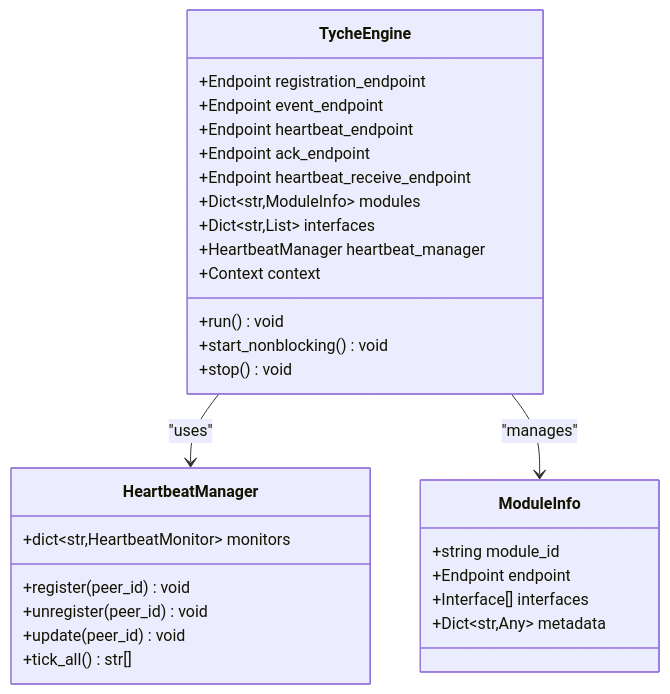
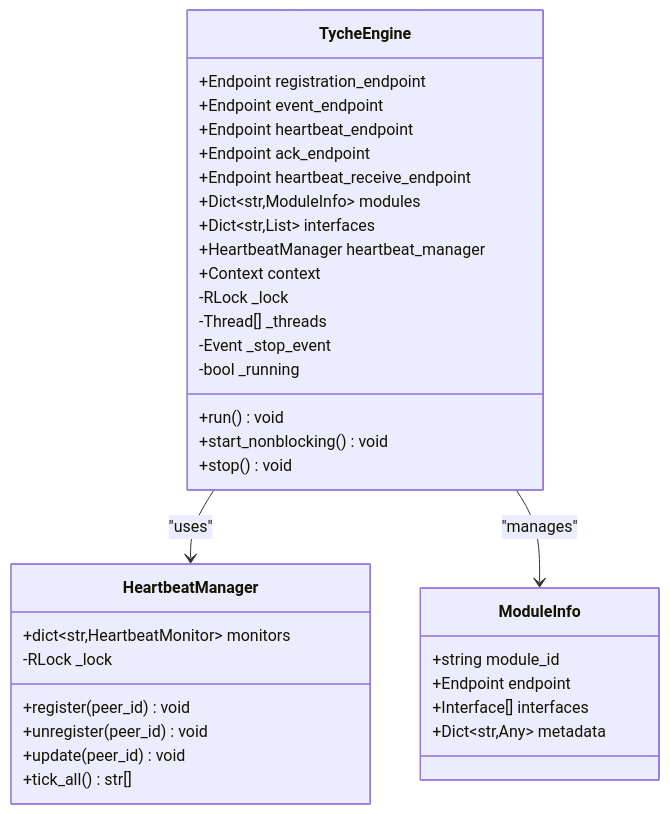
The third of 10 diagrams in .qoder/repowiki/en/content/Core Components/TycheEngine - Central Broker.md (zt281/TycheEngine), drawn with Mermaid before and after one commit. The commit also changed other lines of this file and 5 other files, not shown here.

````diff
--- a/.qoder/repowiki/en/content/Core Components/TycheEngine - Central Broker.md
+++ b/.qoder/repowiki/en/content/Core Components/TycheEngine - Central Broker.md
@@ -165,32 +186,37 @@
 ```mermaid
 classDiagram
 class TycheEngine {
 +Endpoint registration_endpoint
 +Endpoint event_endpoint
 +Endpoint heartbeat_endpoint
 +Endpoint ack_endpoint
 +Endpoint heartbeat_receive_endpoint
 +Dict~str,ModuleInfo~ modules
 +Dict~str,List~ interfaces
 +HeartbeatManager heartbeat_manager
 +Context context
 +run() void
 +start_nonblocking() void
 +stop() void
+-RLock _lock
+-Thread[] _threads
+-Event _stop_event
+-bool _running
 }
 class HeartbeatManager {
 +dict~str,HeartbeatMonitor~ monitors
 +register(peer_id) void
 +unregister(peer_id) void
 +update(peer_id) void
 +tick_all() str[]
+-RLock _lock
 }
 class ModuleInfo {
 +string module_id
 +Endpoint endpoint
 +Interface[] interfaces
 +Dict~str,Any~ metadata
 }
 TycheEngine --> HeartbeatManager : "uses"
 TycheEngine --> ModuleInfo : "manages"
 ```
````
